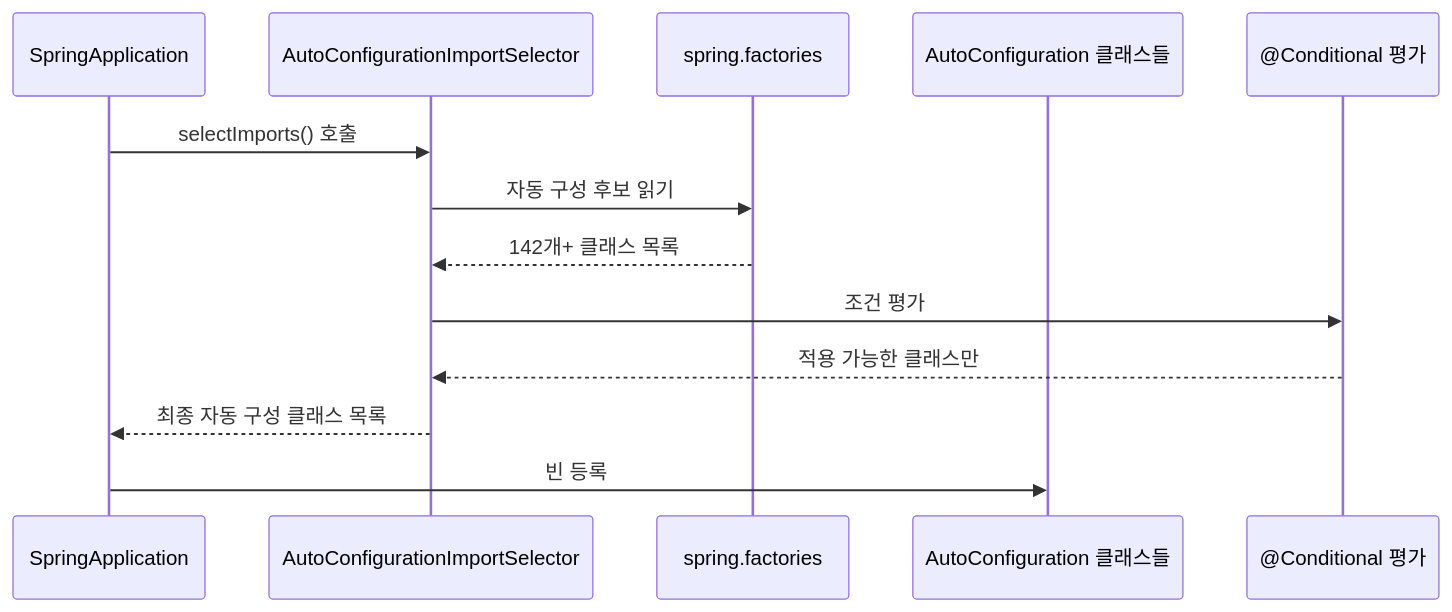
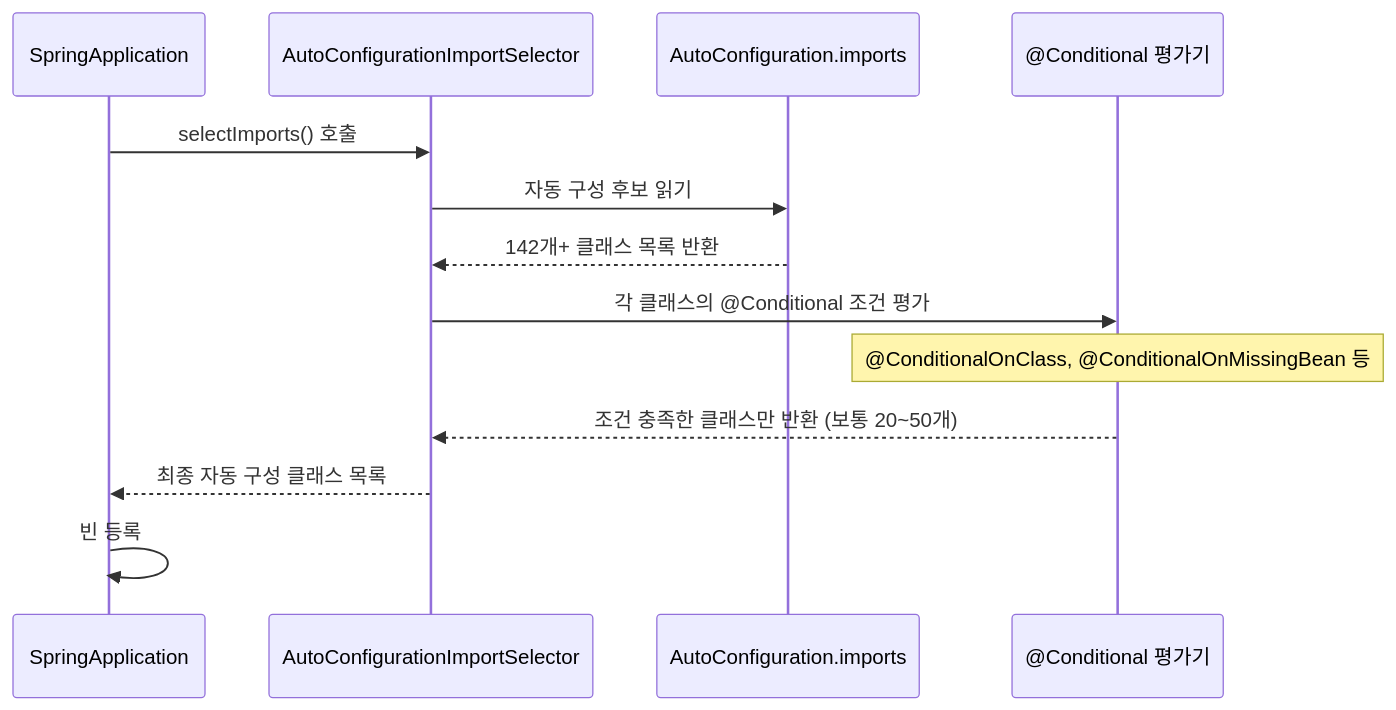
One commit to yjkim2015/yjkim2015.github.io changed the second of 7 diagrams in _posts/spring/2026-05-02-spring-boot-autoconfigure.md. Above: the diagram before and after it, drawn with Mermaid. The commit also changed other lines of this file and 92 other files, not shown here.

First line of the commit message:
Major quality rewrite: 98 files, Mermaid fix, extreme-scenario component

````diff
--- a/_posts/spring/2026-05-02-spring-boot-autoconfigure.md
+++ b/_posts/spring/2026-05-02-spring-boot-autoconfigure.md
@@ -128,16 +146,16 @@
 ```mermaid
 sequenceDiagram
     participant SA as SpringApplication
     participant AIS as AutoConfigurationImportSelector
-    participant SF as spring.factories
-    participant AC as AutoConfiguration 클래스들
-    participant C as @Conditional 평가
+    participant SF as AutoConfiguration.imports
+    participant C as @Conditional 평가기
 
     SA->>AIS: selectImports() 호출
     AIS->>SF: 자동 구성 후보 읽기
-    SF-->>AIS: 142개+ 클래스 목록
-    AIS->>C: 조건 평가
-    C-->>AIS: 적용 가능한 클래스만
+    SF-->>AIS: 142개+ 클래스 목록 반환
+    AIS->>C: 각 클래스의 @Conditional 조건 평가
+    Note over C: @ConditionalOnClass, @ConditionalOnMissingBean 등
+    C-->>AIS: 조건 충족한 클래스만 반환 (보통 20~50개)
     AIS-->>SA: 최종 자동 구성 클래스 목록
-    SA->>AC: 빈 등록
+    SA->>SA: 빈 등록
 ```
````
